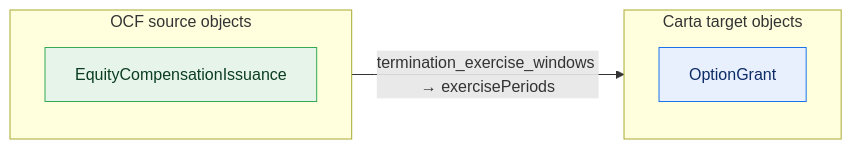
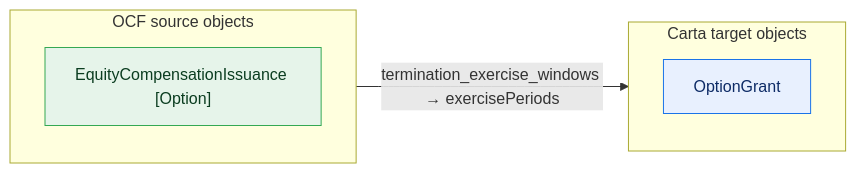
One commit to Open-Cap-Table-Coalition/OCF-Composed-Schemas changed the tenth of 18 diagrams in core-rich/core-upstream.md. Above: the diagram before and after it, drawn with Mermaid. The commit also changed other lines of this file and 11 other files, not shown here.

First line of the commit message:
Flow diagrams: one fully separate diagram per OCF object flavor

````diff
--- a/core-rich/core-upstream.md
+++ b/core-rich/core-upstream.md
@@ -155,16 +199,16 @@
 ```mermaid
 flowchart LR
   classDef adm fill:#e6f4ea,stroke:#34a853,color:#0b3d20;
   classDef notadm fill:#f1f3f4,stroke:#9aa0a6,color:#5f6368,stroke-dasharray:4 3;
   classDef carta fill:#e8f0fe,stroke:#1a73e8,color:#0d2b66;
   classDef sink fill:#fce8e6,stroke:#d93025,color:#5c0d06;
   subgraph SRC["OCF source objects"]
     direction TB
-    o0["EquityCompensationIssuance"]:::adm
+    o0["EquityCompensationIssuance [Option]"]:::adm
   end
   subgraph TGT["Carta target objects"]
     direction TB
     t0["OptionGrant"]:::carta
   end
   o0 -->|"termination_exercise_windows → exercisePeriods"| t0
 ```
````
